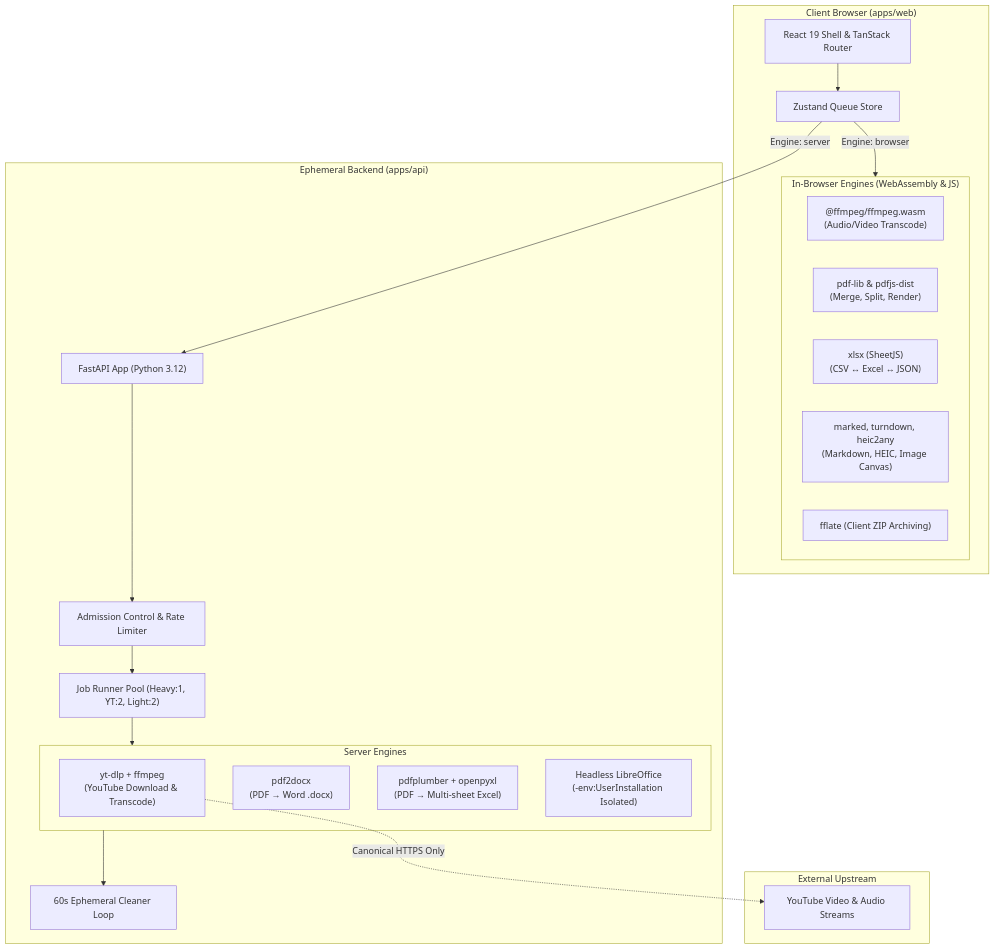
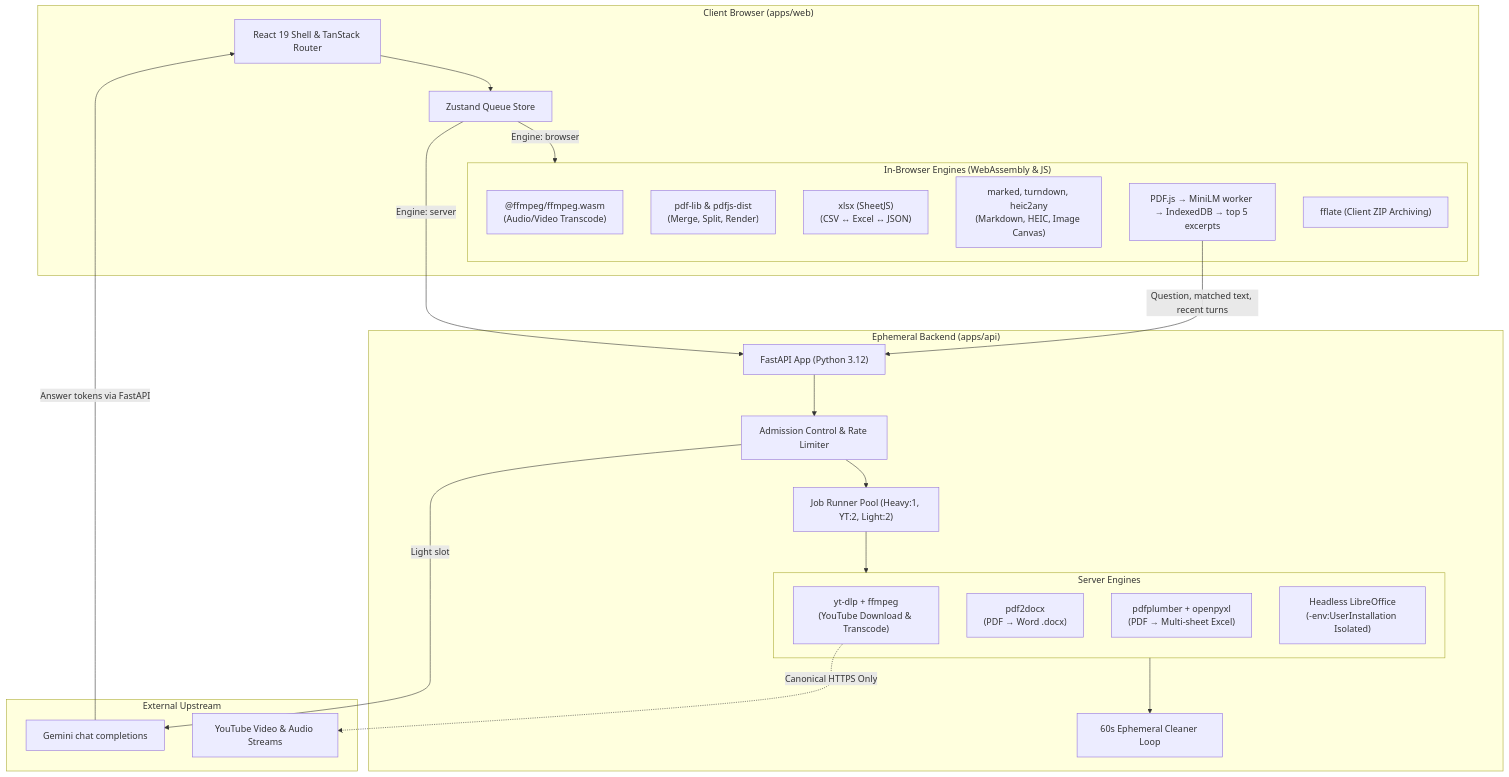
Before and after one commit to Joel-Joseph-George/convert-it: the diagram in README.md, drawn with Mermaid. The commit also changed other lines of this file and 45 other files, not shown here.

First line of the commit message:
Feature/pdf chat and Ui Change (#2)

````diff
--- a/README.md
+++ b/README.md
@@ -40,42 +40,47 @@
 ```mermaid
 flowchart TD
     subgraph Client ["Client Browser (apps/web)"]
         UI["React 19 Shell & TanStack Router"]
         QueueStore["Zustand Queue Store"]
         
         subgraph BrowserEngines ["In-Browser Engines (WebAssembly & JS)"]
             WASM["@ffmpeg/ffmpeg.wasm\n(Audio/Video Transcode)"]
             PDFJS["pdf-lib & pdfjs-dist\n(Merge, Split, Render)"]
             SheetJS["xlsx (SheetJS)\n(CSV ↔ Excel ↔ JSON)"]
             TextImg["marked, turndown, heic2any\n(Markdown, HEIC, Image Canvas)"]
+            PDFChat["PDF.js → MiniLM worker → IndexedDB → top 5 excerpts"]
             Zip["fflate (Client ZIP Archiving)"]
         end
     end
 
     subgraph Backend ["Ephemeral Backend (apps/api)"]
         FastAPI["FastAPI App (Python 3.12)"]
         Admission["Admission Control & Rate Limiter"]
         WorkerPool["Job Runner Pool (Heavy:1, YT:2, Light:2)"]
         DiskCleaner["60s Ephemeral Cleaner Loop"]
         
         subgraph ServerEngines ["Server Engines"]
             YTDLP["yt-dlp + ffmpeg\n(YouTube Download & Transcode)"]
             PDF2DOCX["pdf2docx\n(PDF → Word .docx)"]
             PDFPlumber["pdfplumber + openpyxl\n(PDF → Multi-sheet Excel)"]
             LibreOffice["Headless LibreOffice\n(-env:UserInstallation Isolated)"]
         end
     end
 
     subgraph External ["External Upstream"]
+        Gemini["Gemini chat completions"]
         YouTube["YouTube Video & Audio Streams"]
     end
 
     UI --> QueueStore
     QueueStore -- "Engine: browser" --> BrowserEngines
     QueueStore -- "Engine: server" --> FastAPI
     
     FastAPI --> Admission --> WorkerPool
     WorkerPool --> ServerEngines
     YTDLP -. "Canonical HTTPS Only" .-> YouTube
+    PDFChat -- "Question, matched text, recent turns" --> FastAPI
+    Admission -- "Light slot" --> Gemini
+    Gemini -- "Answer tokens via FastAPI" --> UI
     ServerEngines --> DiskCleaner
 ```
````
